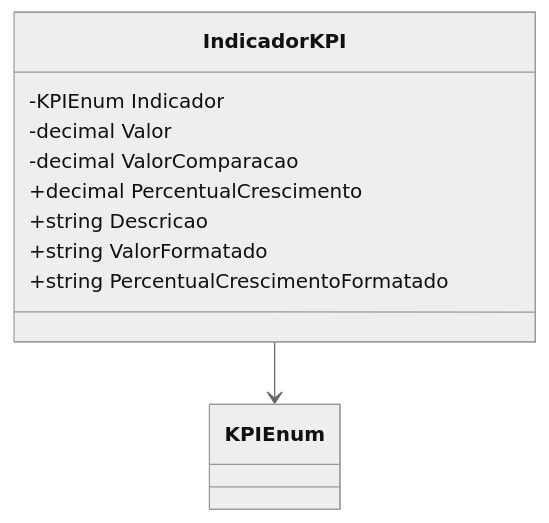
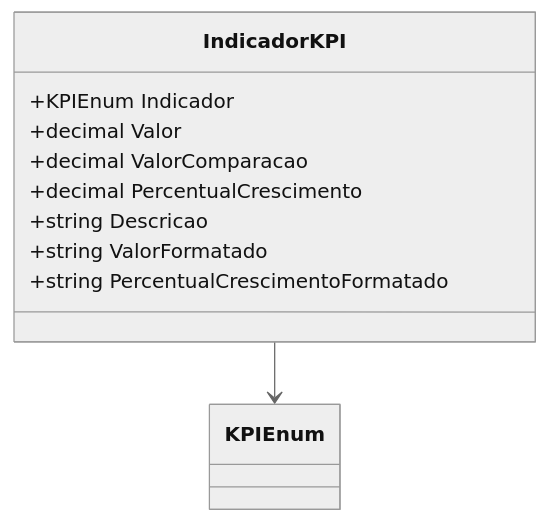
The second of 2 diagrams in docs/b2b-dominio/IsthmusWinthor.Nucleo/IsthmusWinthor.Dominio/Analytics/Indicadores/IndicadorKPI.md (IsthmusSistemas/documentacao-tecnica), drawn with Mermaid (neutral theme) before and after one commit. The commit also changed other lines of this file and 882 other files, not shown here.

````diff
--- a/docs/b2b-dominio/IsthmusWinthor.Nucleo/IsthmusWinthor.Dominio/Analytics/Indicadores/IndicadorKPI.md
+++ b/docs/b2b-dominio/IsthmusWinthor.Nucleo/IsthmusWinthor.Dominio/Analytics/Indicadores/IndicadorKPI.md
@@ -44,13 +58,13 @@
 ```mermaid
 classDiagram
     class IndicadorKPI {
-        -KPIEnum Indicador
-        -decimal Valor
-        -decimal ValorComparacao
+        +KPIEnum Indicador
+        +decimal Valor
+        +decimal ValorComparacao
         +decimal PercentualCrescimento
         +string Descricao
         +string ValorFormatado
         +string PercentualCrescimentoFormatado
     }
     IndicadorKPI --> KPIEnum
 ```
````
